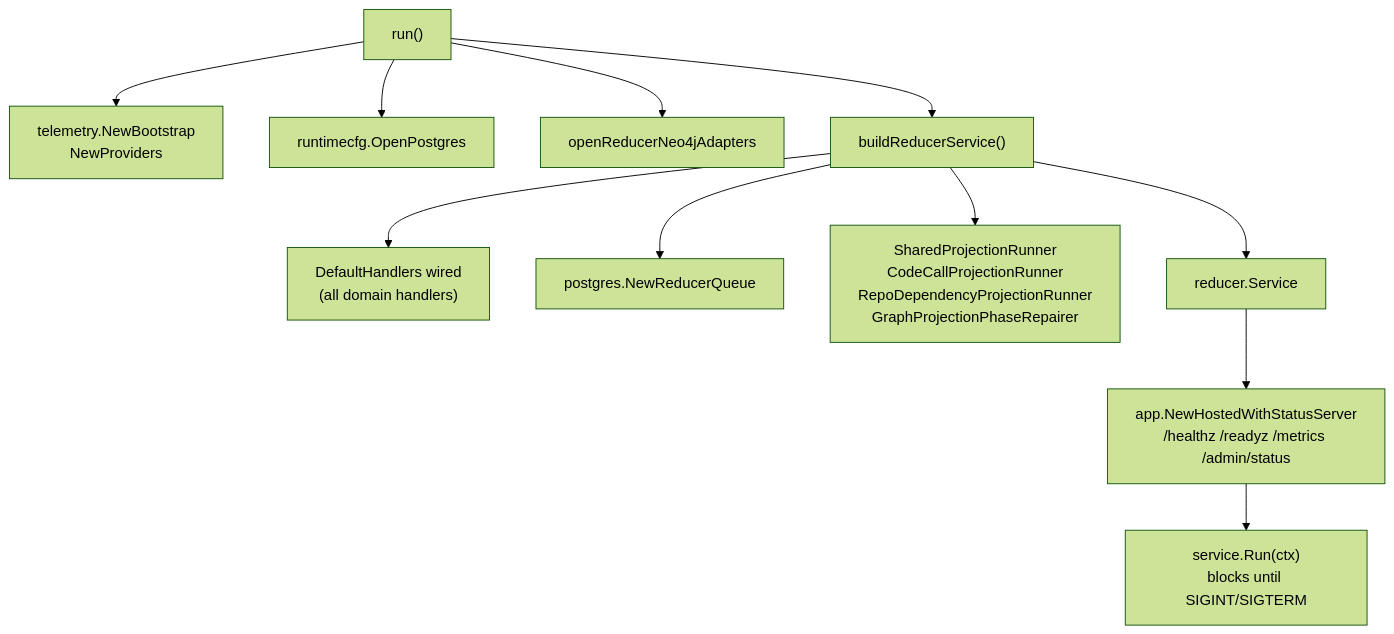
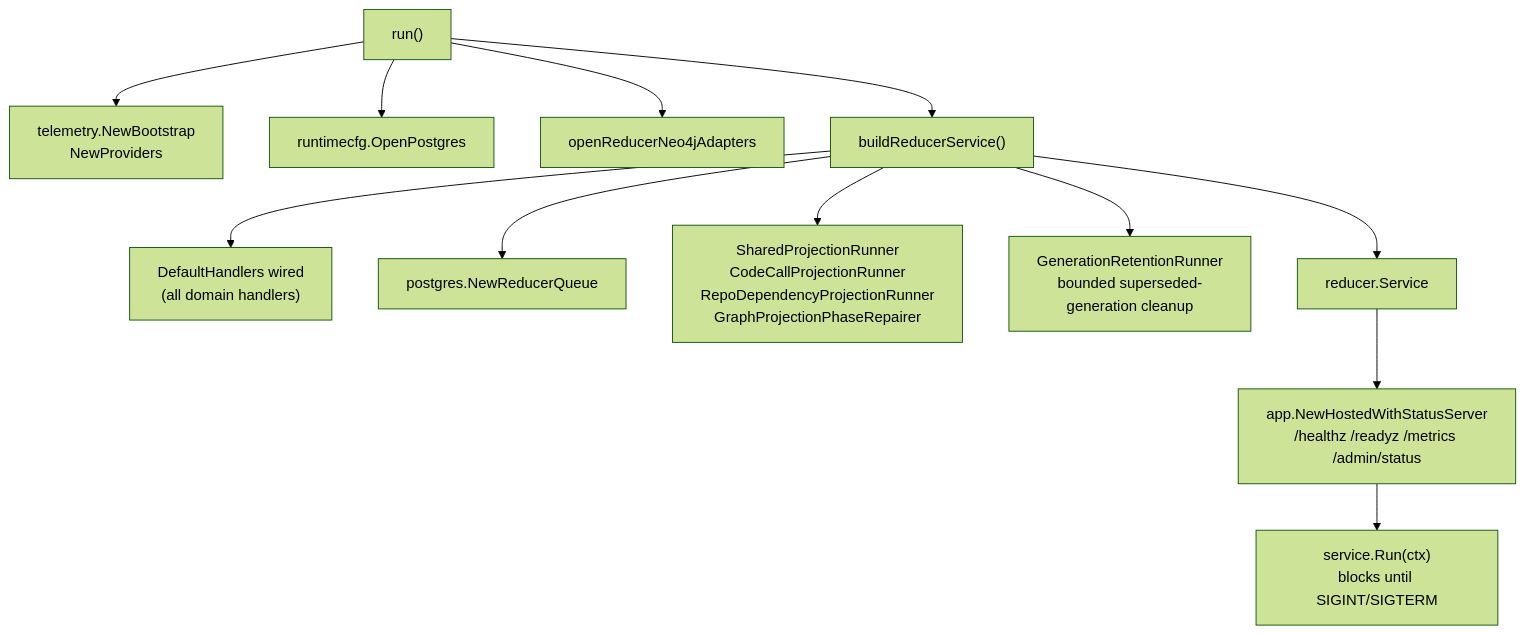
The second of 2 diagrams in go/cmd/reducer/README.md (eshu-hq/eshu), drawn with Mermaid (forest theme) before and after one commit. The commit also changed other lines of this file and 43 other files, not shown here.

````diff
--- a/go/cmd/reducer/README.md
+++ b/go/cmd/reducer/README.md
@@ -25,13 +25,14 @@
 ```mermaid
 flowchart TB
   run["run()"] --> Telemetry["telemetry.NewBootstrap\nNewProviders"]
   run --> DB["runtimecfg.OpenPostgres"]
   run --> Graph["openReducerNeo4jAdapters"]
   run --> Build["buildReducerService()"]
   Build --> Handlers["DefaultHandlers wired\n(all domain handlers)"]
   Build --> Queue["postgres.NewReducerQueue"]
   Build --> Runners["SharedProjectionRunner\nCodeCallProjectionRunner\nRepoDependencyProjectionRunner\nGraphProjectionPhaseRepairer"]
+  Build --> Retention["GenerationRetentionRunner\nbounded superseded-generation cleanup"]
   Build --> SvcObj["reducer.Service"]
   SvcObj --> AdminSurface["app.NewHostedWithStatusServer\n/healthz /readyz /metrics /admin/status"]
   AdminSurface --> RunLoop["service.Run(ctx)\nblocks until SIGINT/SIGTERM"]
 ```
````
